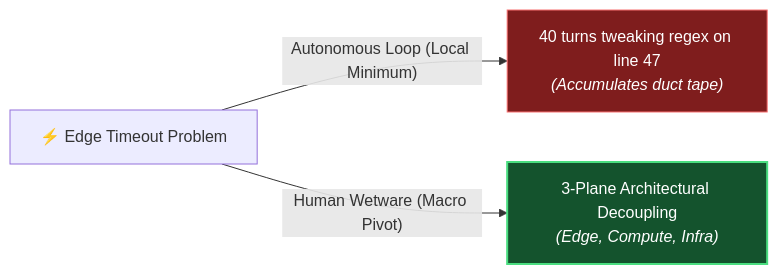
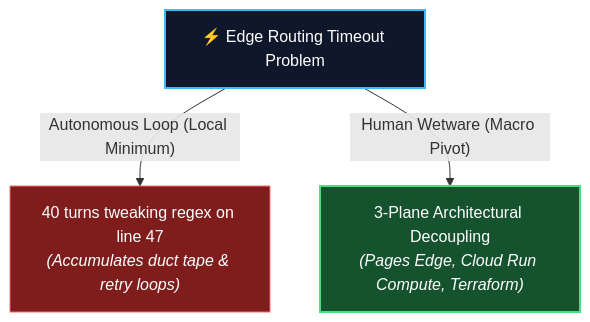
One commit to artibyrd/credence-docs changed the second of 3 diagrams in blog/the-myth-of-the-100-agent-swarm.md. Above: the diagram before and after it, drawn with Mermaid. The commit also changed other lines of this file and 10 other files, not shown here.

Commit message:
feat(ui): add interactive diagram pan-zoom controls, fullscreen lightbox, and optimize typography

````diff
--- a/blog/the-myth-of-the-100-agent-swarm.md
+++ b/blog/the-myth-of-the-100-agent-swarm.md
@@ -69,9 +77,10 @@
 ```mermaid
-flowchart LR
-    Bug["⚡ Edge Timeout Problem"] 
-    Bug -->|"Autonomous Loop (Local Minimum)"| Tweak["40 turns tweaking regex on line 47<br/><i>(Accumulates duct tape)</i>"]
-    Bug -->|"Human Wetware (Macro Pivot)"| Pivot["3-Plane Architectural Decoupling<br/><i>(Edge, Compute, Infra)</i>"]
+flowchart TD
+    Bug["⚡ Edge Routing Timeout Problem"] 
+    -->|"Autonomous Loop (Local Minimum)"| Tweak["40 turns tweaking regex on line 47<br/><i>(Accumulates duct tape & retry loops)</i>"]
+    Bug -->|"Human Wetware (Macro Pivot)"| Pivot["3-Plane Architectural Decoupling<br/><i>(Pages Edge, Cloud Run Compute, Terraform)</i>"]
 
+    style Bug fill:#0f172a,stroke:#38bdf8,stroke-width:2px,color:#fff
     style Tweak fill:#7f1d1d,stroke:#f87171,stroke-width:1px,color:#fff
     style Pivot fill:#14532d,stroke:#4ade80,stroke-width:2px,color:#fff
 ```
````
